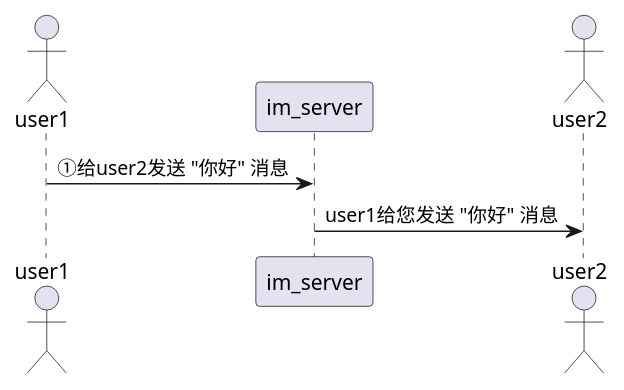
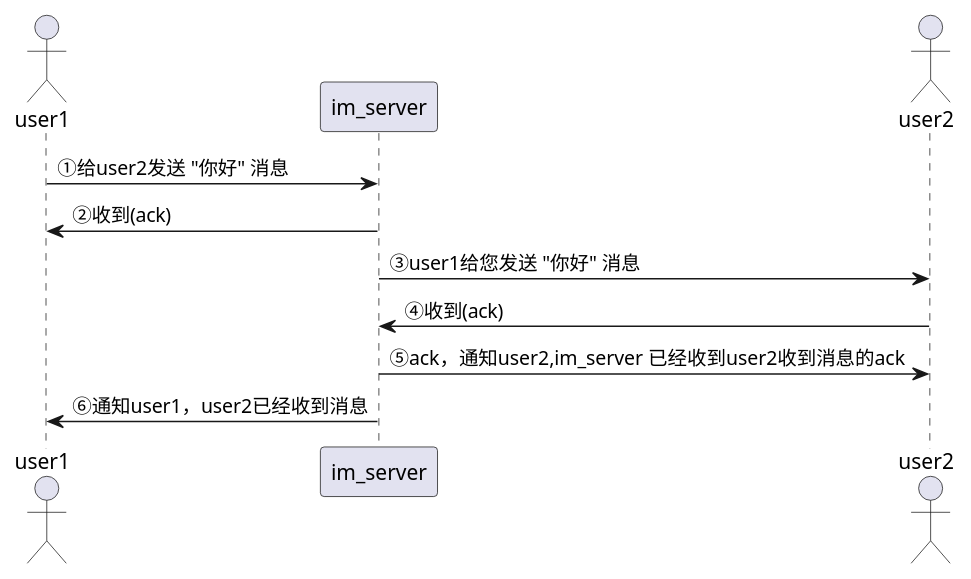
Before and after one commit to GitZW/gitzw.github.io: the diagram in post_resources/2020-05-04/im.puml, drawn with PlantUML. The commit also changed other lines of this file and 7 other files, not shown here.

```diff
--- a/post_resources/2020-05-04/im.puml
+++ b/post_resources/2020-05-04/im.puml
@@ -12,7 +1,11 @@
 @startuml
 actor user1
 user1 -> im_server : ①给user2发送 "你好" 消息
+im_server -> user1 : ②收到(ack)
 actor user2
-im_server -> user2: user1给您发送 "你好" 消息
+im_server -> user2: ③user1给您发送 "你好" 消息
+user2 -> im_server:④收到(ack)
+im_server -> user2:⑤ack，通知user2,im_server 已经收到user2收到消息的ack
+im_server -> user1:⑥通知user1，user2已经收到消息
 
 @enduml
```
